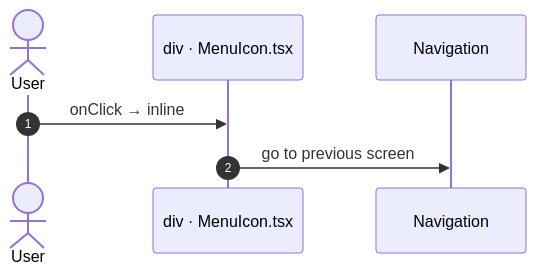
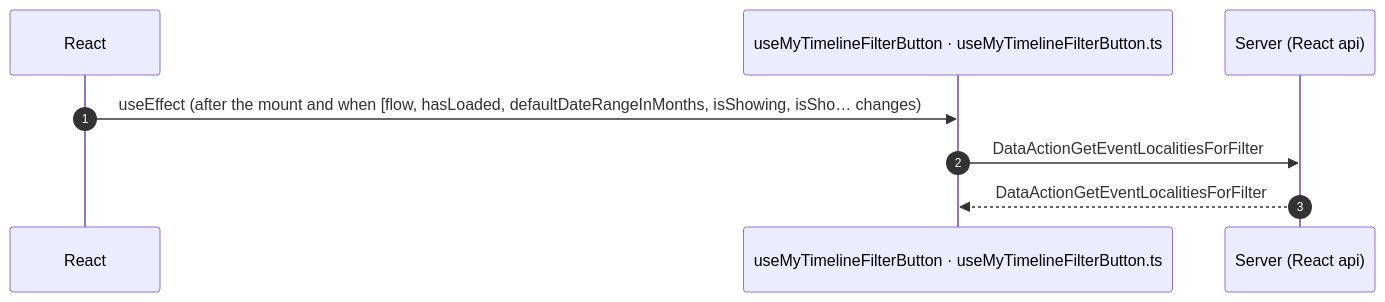
One commit to Phoenix-DX/connect-new-ui changed the fourth of 4 diagrams in route-actions/routes/LDM_MyEvents_V2.md. Above: the diagram before and after it, drawn with Mermaid. The commit also changed other lines of this file and 52 other files, not shown here.

````diff
--- a/route-actions/routes/LDM_MyEvents_V2.md
+++ b/route-actions/routes/LDM_MyEvents_V2.md
@@ -919,9 +214,10 @@
 ```mermaid
 sequenceDiagram
   autonumber
-  actor U as User
-  participant H as div · MenuIcon.tsx
-  participant N as Navigation
-  U->>H: onClick → inline
-  H->>N: go to previous screen
+  participant R as React
+  participant H as useMyTimelineFilterButton · useMyTimelineFilterButton.ts
+  participant A as Server (React api)
+  R->>H: useEffect (after the mount and when [flow, hasLoaded, defaultDateRangeInMonths, isShowing, isSho… changes)
+  H->>A: DataActionGetEventLocalitiesForFilter
+  A-->>H: DataActionGetEventLocalitiesForFilter
 ```
````
